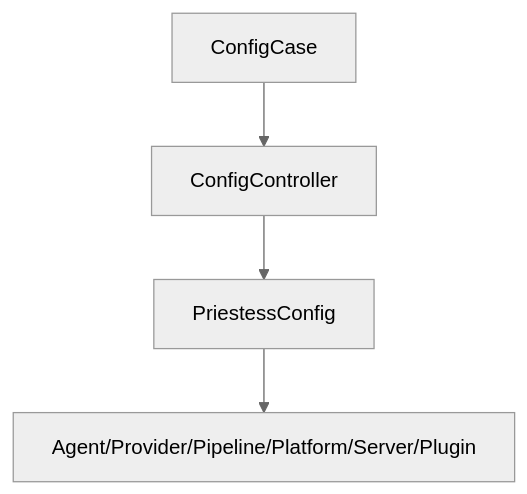
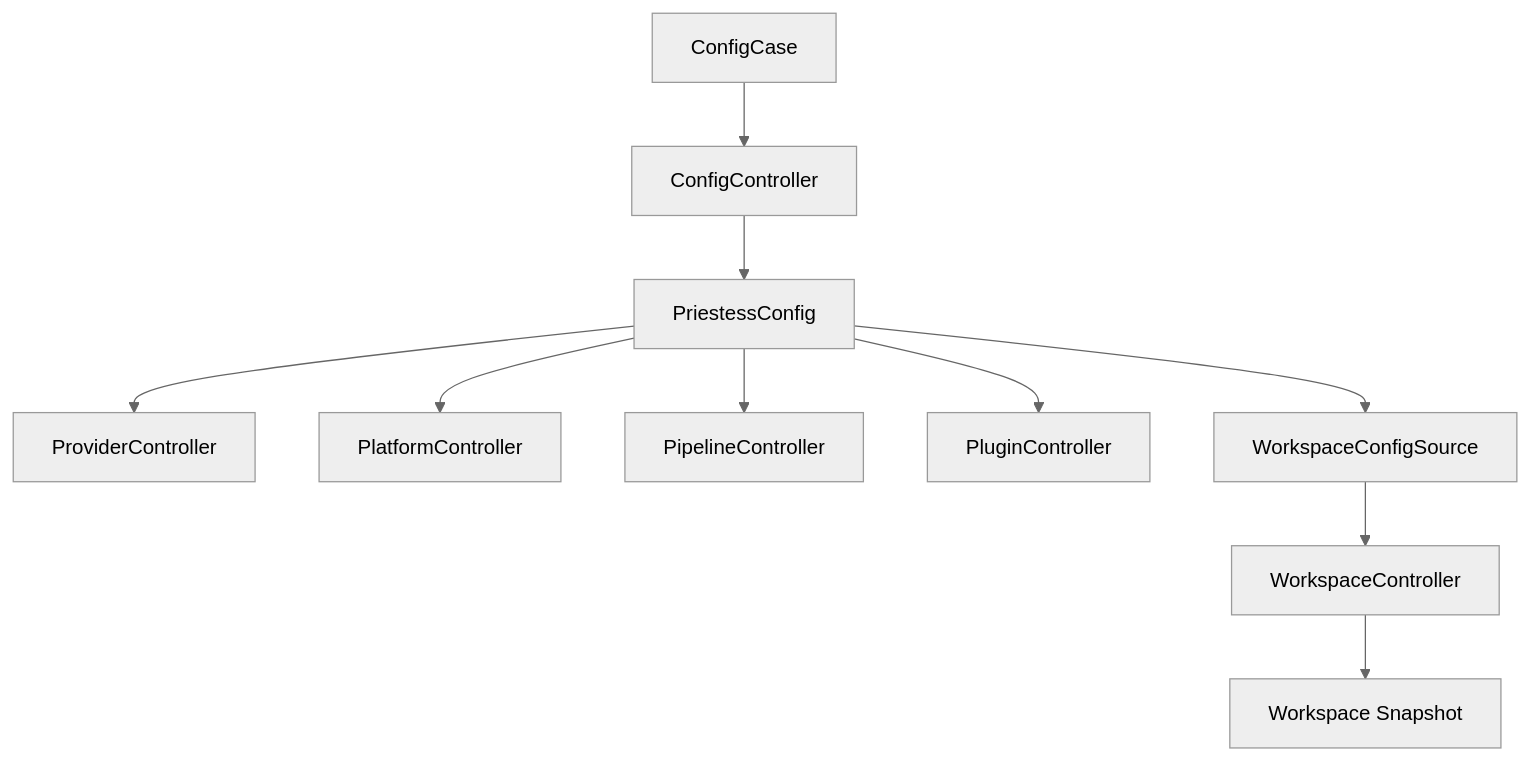
One commit to heyanLE/PriestessBot.kt changed the second of 3 diagrams in docs/2026-06-26/config.md. Above: the diagram before and after it, drawn with Mermaid (neutral theme). The commit also changed other lines of this file and 121 other files, not shown here.

````diff
--- a/docs/2026-06-26/config.md
+++ b/docs/2026-06-26/config.md
@@ -33,6 +442,12 @@
 ```mermaid
 flowchart TD
     A[ConfigCase] --> B[ConfigController]
     B --> C[PriestessConfig]
-    C --> D[Agent/Provider/Pipeline/Platform/Server/Plugin]
+    C --> D[ProviderController]
+    C --> E[PlatformController]
+    C --> F[PipelineController]
+    C --> G[PluginController]
+    C --> H[WorkspaceConfigSource]
+    H --> I[WorkspaceController]
+    I --> J[Workspace Snapshot]
 ```
````
